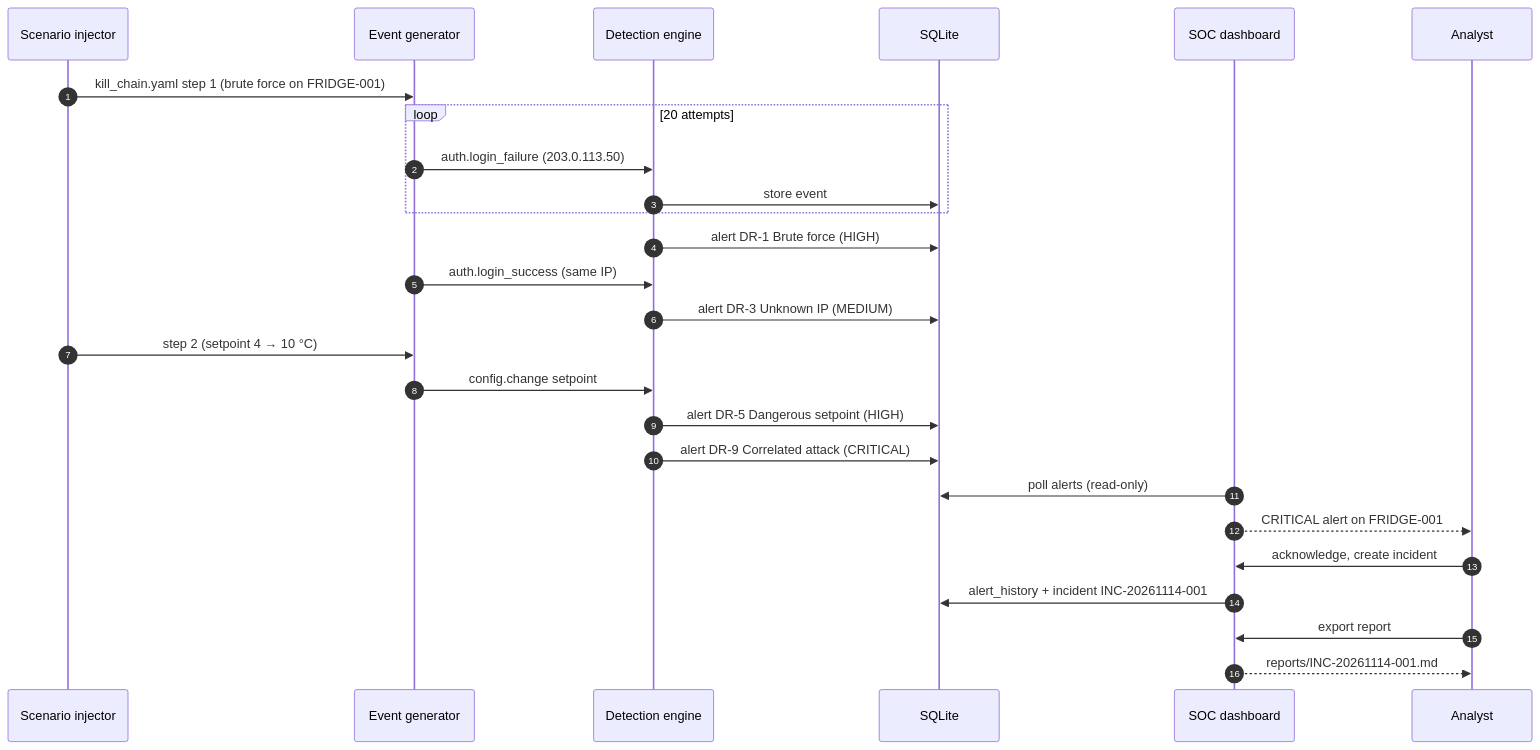
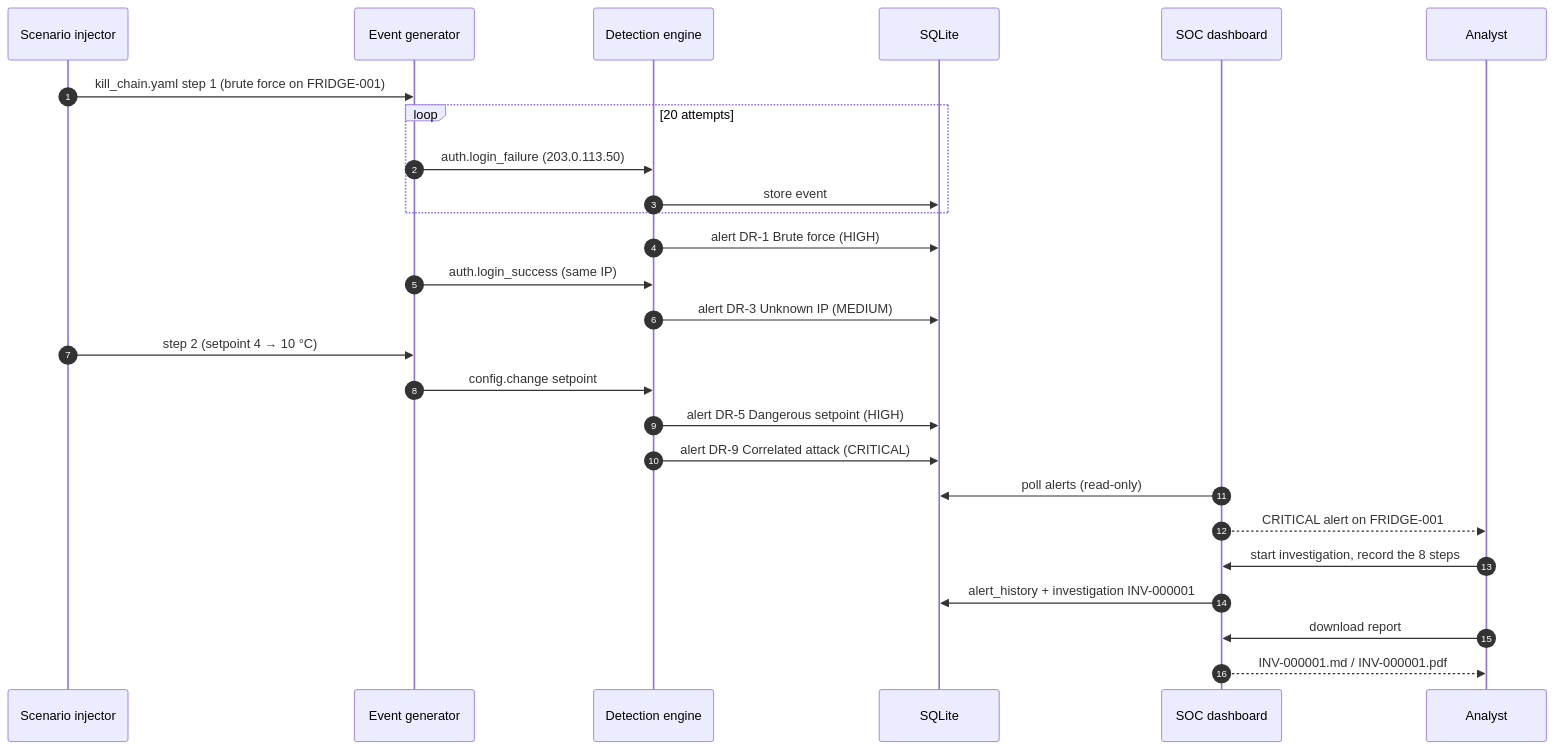
Before and after one commit to kgiannopoulou/Smart-FridgeGuard: the third of 3 diagrams in docs/architecture.md, drawn with Mermaid. The commit also changed other lines of this file and 31 other files, not shown here.

First line of the commit message:
Phase 3 Step 12: L1 incident investigation workflow with Markdown and PDF reports

````diff
--- a/docs/architecture.md
+++ b/docs/architecture.md
@@ -266,29 +267,29 @@
 ```mermaid
 sequenceDiagram
     autonumber
     participant SC as Scenario injector
     participant GEN as Event generator
     participant DET as Detection engine
     participant DB as SQLite
     participant UI as SOC dashboard
     participant AN as Analyst
 
     SC->>GEN: kill_chain.yaml step 1 (brute force on FRIDGE-001)
     loop 20 attempts
         GEN->>DET: auth.login_failure (203.0.113.50)
         DET->>DB: store event
     end
     DET->>DB: alert DR-1 Brute force (HIGH)
     GEN->>DET: auth.login_success (same IP)
     DET->>DB: alert DR-3 Unknown IP (MEDIUM)
     SC->>GEN: step 2 (setpoint 4 → 10 °C)
     GEN->>DET: config.change setpoint
     DET->>DB: alert DR-5 Dangerous setpoint (HIGH)
     DET->>DB: alert DR-9 Correlated attack (CRITICAL)
     UI->>DB: poll alerts (read-only)
     UI-->>AN: CRITICAL alert on FRIDGE-001
-    AN->>UI: acknowledge, create incident
-    UI->>DB: alert_history + incident INC-20261114-001
-    AN->>UI: export report
-    UI-->>AN: reports/INC-20261114-001.md
+    AN->>UI: start investigation, record the 8 steps
+    UI->>DB: alert_history + investigation INV-000001
+    AN->>UI: download report
+    UI-->>AN: INV-000001.md / INV-000001.pdf
 ```
````
